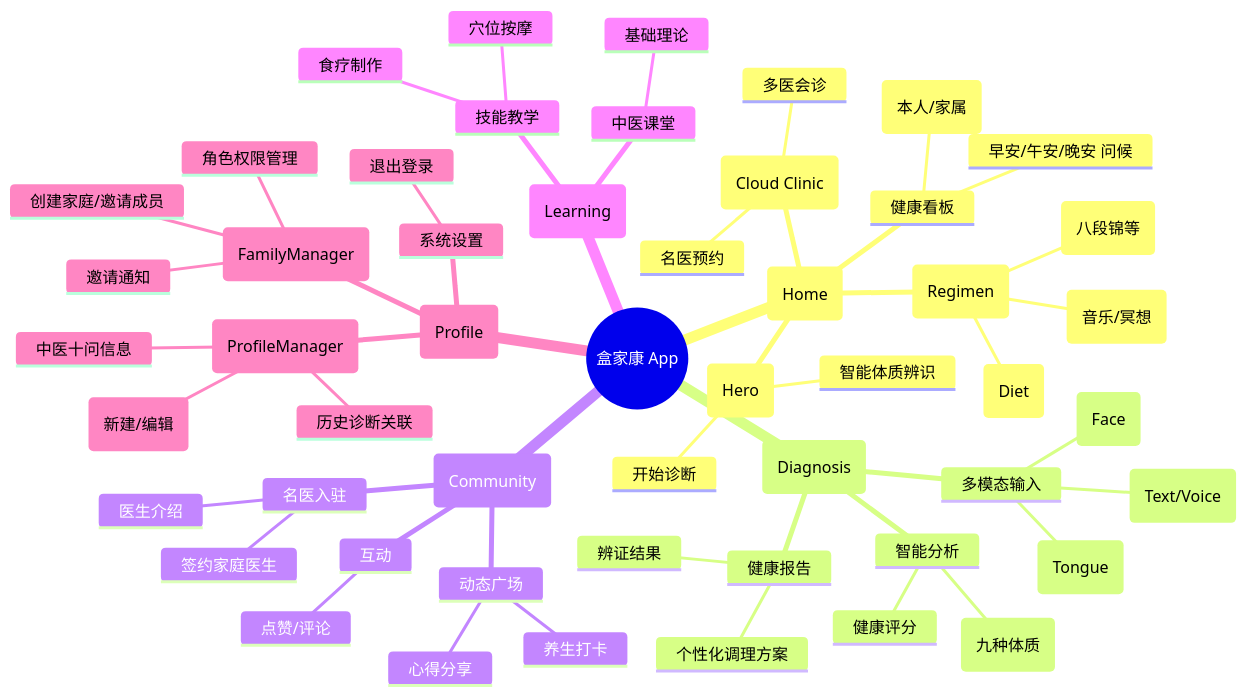
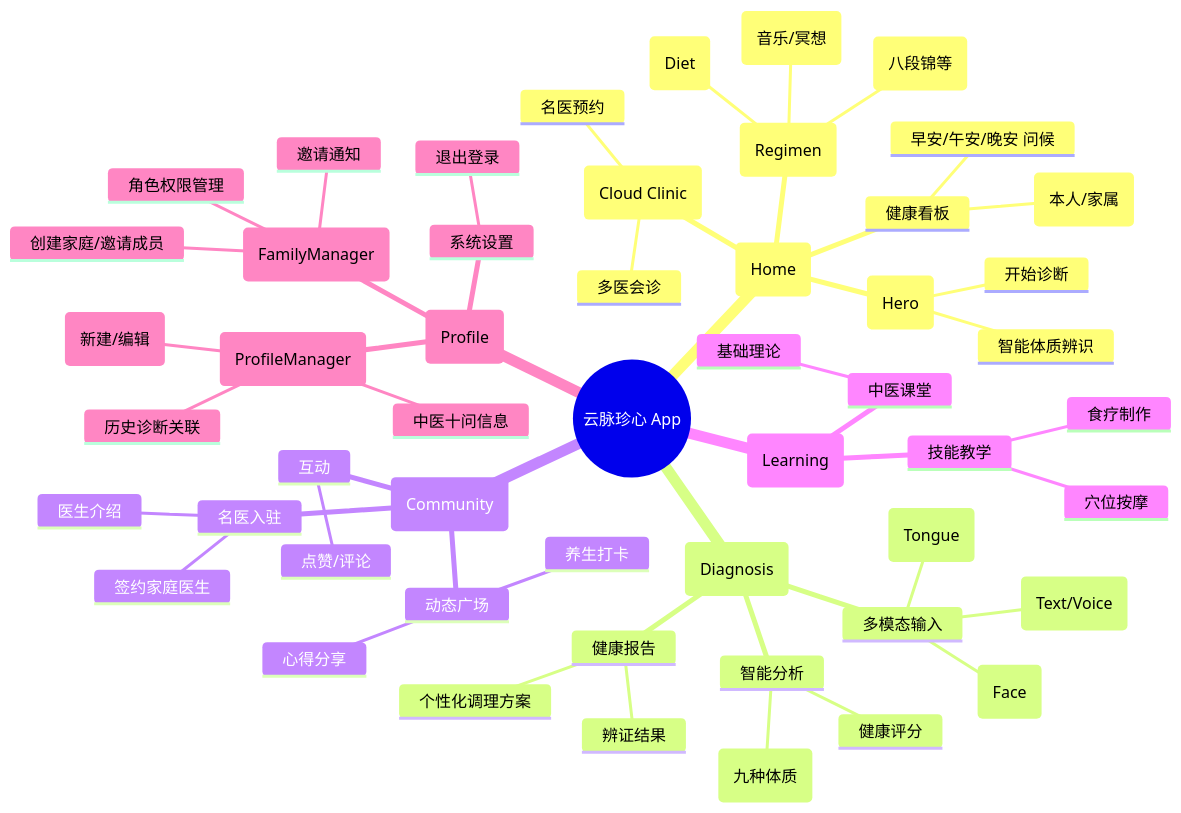
Before and after one commit to AeonusOvO/HaloCare: the fourth of 4 diagrams in docs/ARCHITECTURE.md, drawn with Mermaid. The commit also changed other lines of this file and 19 other files, not shown here.

Commit message:
Refactor app branding and diagnosis demo flow

````diff
--- a/docs/ARCHITECTURE.md
+++ b/docs/ARCHITECTURE.md
@@ -157,59 +157,59 @@
 ```mermaid
 mindmap
-  root((盒家康 App))
+  root((云脉珍心 App))
     首页 (Home)
       健康看板
         早安/午安/晚安 问候
         档案切换 (本人/家属)
-      AI 辨证入口 (Hero)
+      四诊辨证入口 (Hero)
         智能体质辨识
         开始诊断
       今日养生 (Regimen)
         时令食疗 (Diet)
         运动建议 (八段锦等)
         情志调理 (音乐/冥想)
       云诊室 (Cloud Clinic)
         多医会诊
         名医预约
 
-    AI 辨证 (Diagnosis)
+    四诊辨证 (Diagnosis)
       多模态输入
         面诊 (Face)
         舌诊 (Tongue)
         问诊 (Text/Voice)
       智能分析
         体质判读 (九种体质)
         健康评分
       健康报告
         辨证结果
         个性化调理方案
 
     社区 (Community)
       动态广场
         养生打卡
         心得分享
       互动
         点赞/评论
       名医入驻
         医生介绍
         签约家庭医生
 
     学习 (Learning)
       中医课堂
         基础理论
       技能教学
         穴位按摩
         食疗制作
 
     我的 (Profile)
       健康档案 (ProfileManager)
         档案管理 (新建/编辑)
         中医十问信息
         历史诊断关联
       家庭组 (FamilyManager)
         创建家庭/邀请成员
         角色权限管理
         邀请通知
       系统设置
         退出登录
 ```
````
